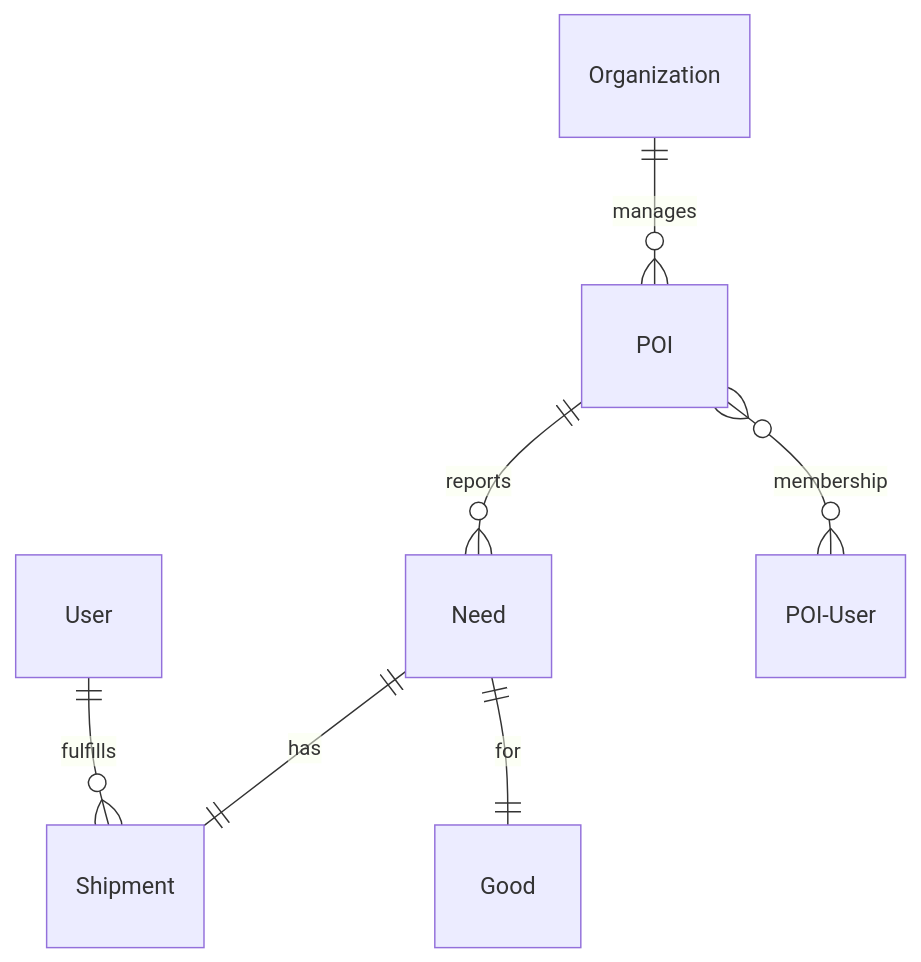
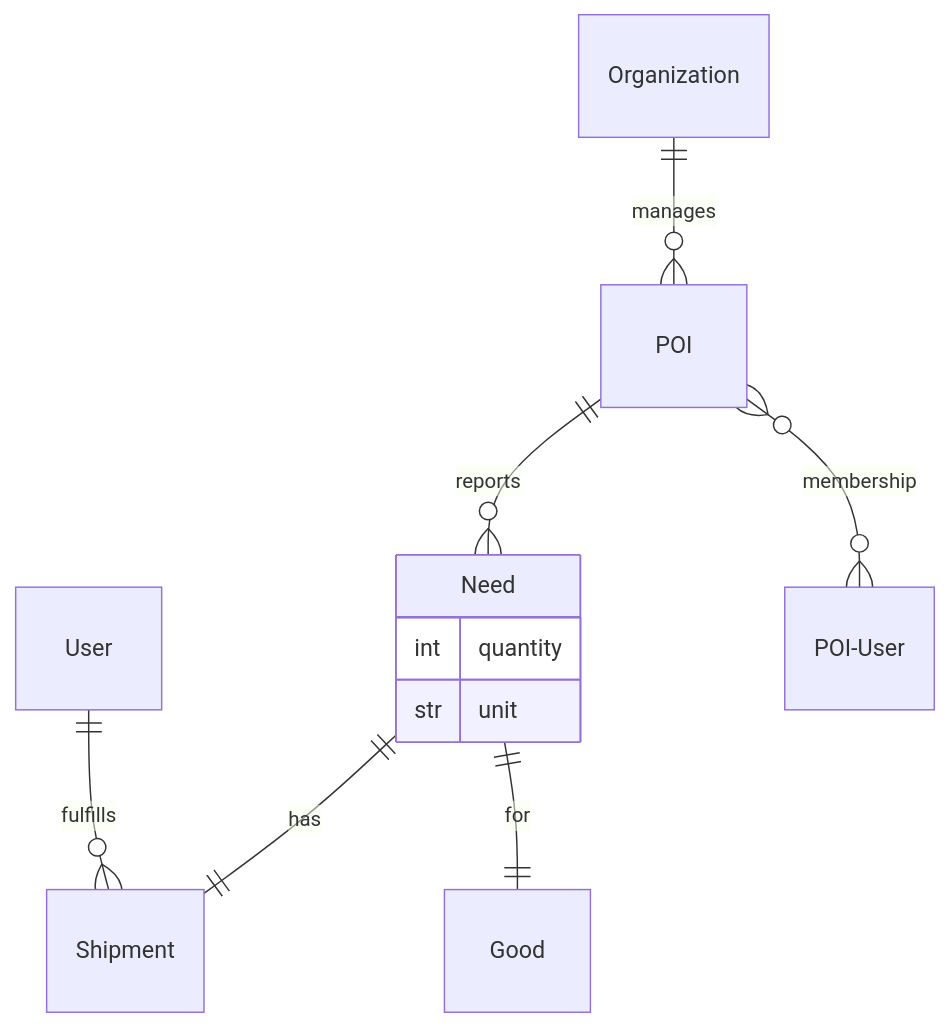
One commit to bartmanos/sfn changed the diagram in README.md. Above: the diagram before and after it, drawn with Mermaid.

Commit message:
Extra fields added to Need model in README

````diff
--- a/README.md
+++ b/README.md
@@ -75,9 +75,13 @@
 ```mermaid
 erDiagram
     Need ||--|| Shipment : has
+    Need {
+        int quantity
+        str unit
+    }
     User ||--o{ Shipment : fulfills
     Need ||--|| Good : for
     POI ||--o{ Need : reports
     POI }o--o{ POI-User : membership
     Organization ||--o{ POI : manages
 ```
````
